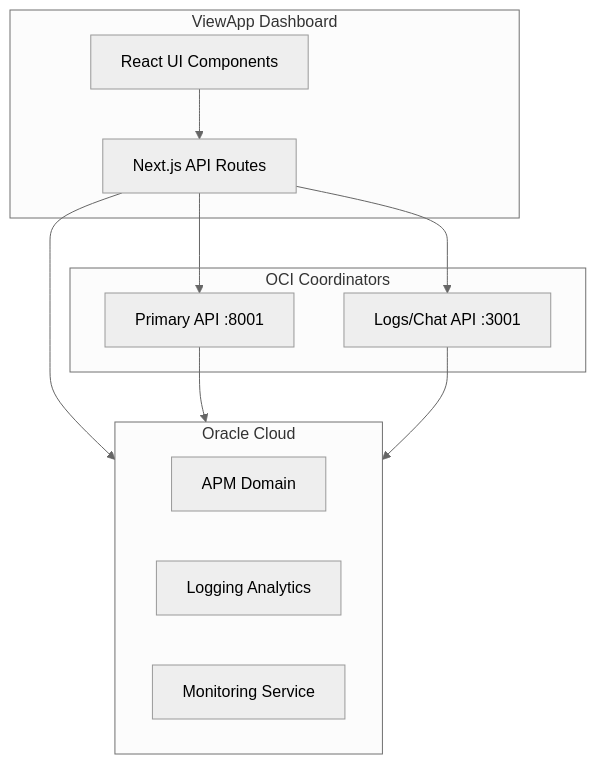
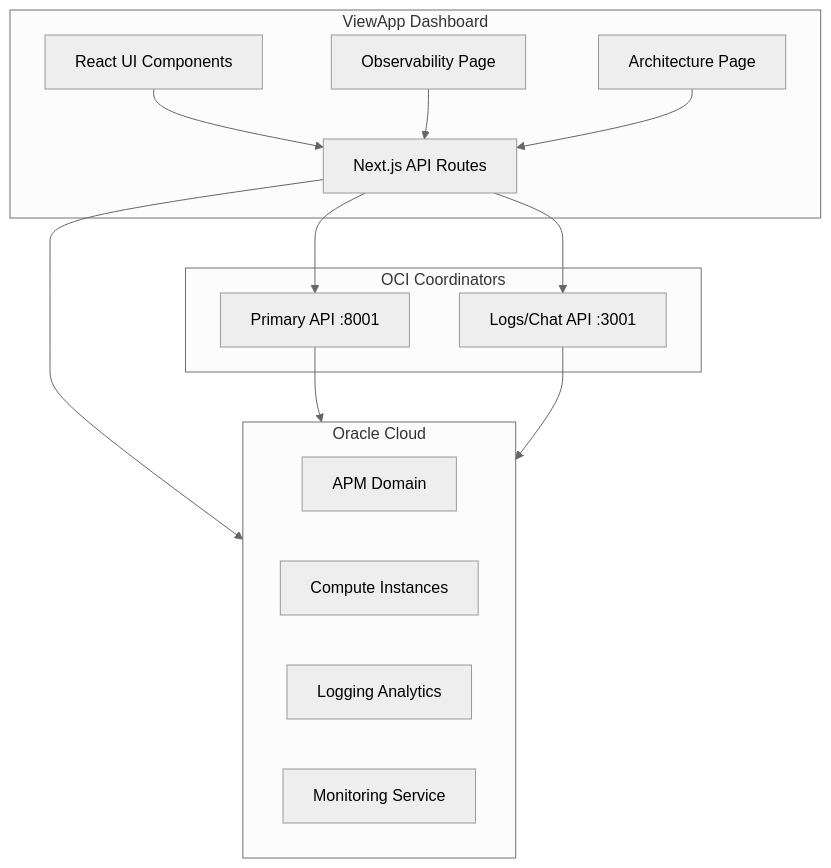
One commit to adibirzu/OCI-Coordinator-agent-Dashboards changed the diagram in README.md. Above: the diagram before and after it, drawn with Mermaid (neutral theme). The commit also changed other lines of this file and 9 other files, not shown here.

````diff
--- a/README.md
+++ b/README.md
@@ -54,25 +118,30 @@
 ```mermaid
 flowchart TB
     subgraph ViewApp["ViewApp Dashboard"]
         UI[React UI Components]
         API[Next.js API Routes]
+        Obs[Observability Page]
+        Arch[Architecture Page]
     end
 
     subgraph Coordinators["OCI Coordinators"]
         Primary[Primary API :8001]
         Logs[Logs/Chat API :3001]
     end
 
     subgraph OCI["Oracle Cloud"]
         APM[APM Domain]
+        Compute[Compute Instances]
         Logging[Logging Analytics]
         Monitoring[Monitoring Service]
     end
 
     UI --> API
+    Obs --> API
+    Arch --> API
     API --> Primary
     API --> Logs
     API --> OCI
     Primary --> OCI
     Logs --> OCI
 ```
````
